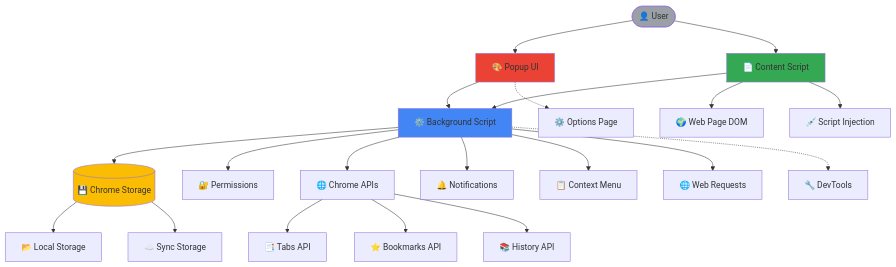
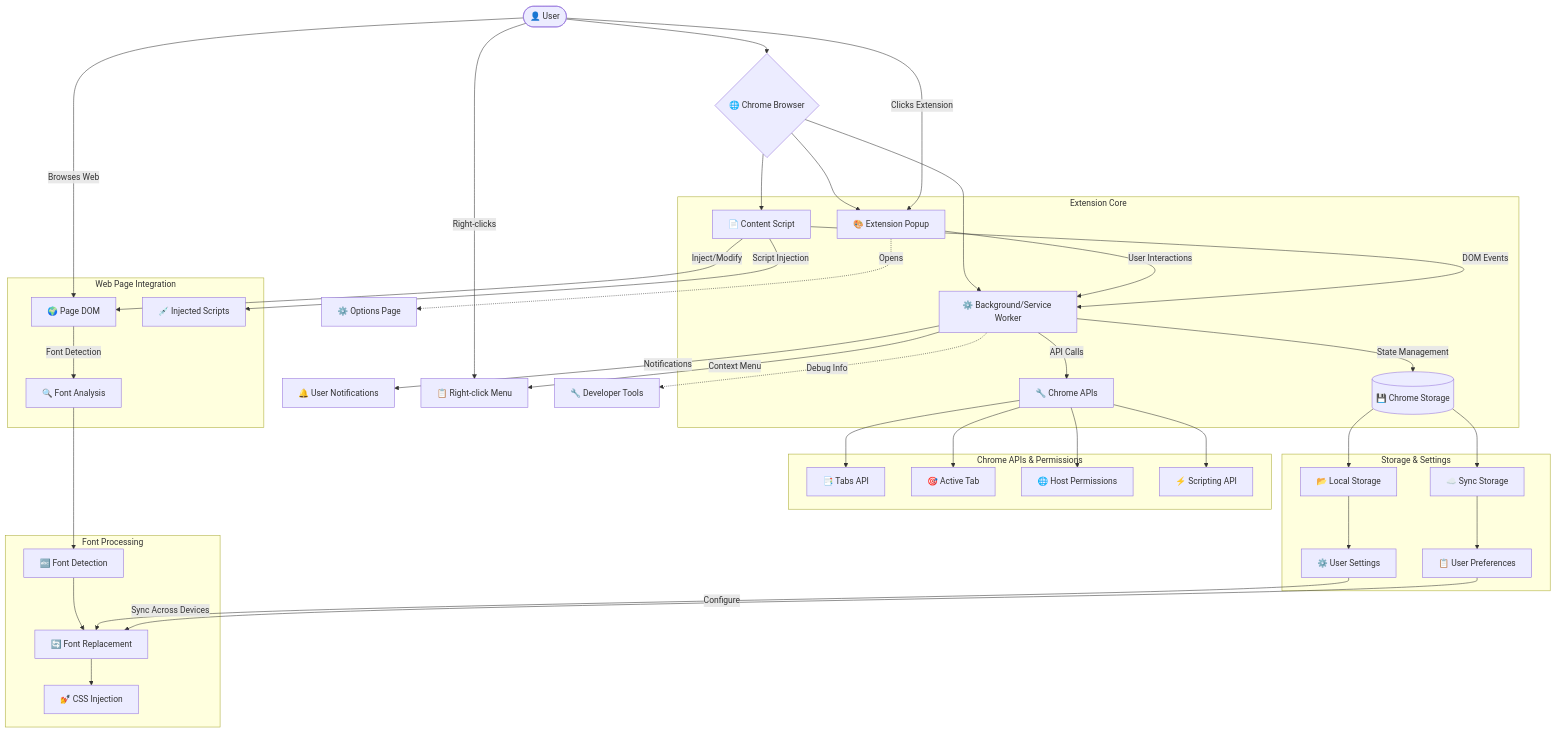
One commit to cruentusmors/Claude.ai-Font-Fix changed the diagram in Diagram.mmd. Above: the diagram before and after it, drawn with Mermaid.

Commit message:
feat: Update diagram to reflect current state of the Chrome extension; enhance structure and clarity

```diff
--- a/Diagram.mmd
+++ b/Diagram.mmd
@@ -1,37 +1,60 @@
 ---
-query: make a cool diagram for my chrome extension
-generationTime: 2025-08-20T04:31:03.073Z
+query: "update #file:Diagram.mmd to reflect the current state of this chrome
+  extension"
+references:
+  - "File: /Diagram.mmd"
+generationTime: 2025-08-20T17:26:36.600Z
 ---
 flowchart TB
-    User([👤 User]) --> Popup[🎨 Popup UI]
-    User --> ContentScript[📄 Content Script]
+    User([👤 User]) --> Browser{🌐 Chrome Browser}
     
-    Popup --> Background[⚙️ Background Script]
-    ContentScript --> Background
+    Browser --> Popup[🎨 Extension Popup]
+    Browser --> ContentScript[📄 Content Script]
+    Browser --> Background[⚙️ Background/Service Worker]
     
-    Background --> Storage[(💾 Chrome Storage)]
-    Background --> Permissions[🔐 Permissions]
-    Background --> APIs[🌐 Chrome APIs]
+    subgraph "Extension Core"
+        Popup --> |User Interactions| Background
+        ContentScript --> |DOM Events| Background
+        Background --> |State Management| Storage[(💾 Chrome Storage)]
+        Background --> |API Calls| ChromeAPIs[🔧 Chrome APIs]
+    end
     
-    ContentScript --> DOM[🌍 Web Page DOM]
-    ContentScript --> Inject[💉 Script Injection]
+    subgraph "Web Page Integration"
+        ContentScript --> |Inject/Modify| DOM[🌍 Page DOM]
+        ContentScript --> |Script Injection| PageScripts[💉 Injected Scripts]
+        DOM --> |Font Detection| FontAnalysis[🔍 Font Analysis]
+    end
     
-    Background --> Notifications[🔔 Notifications]
-    Background --> ContextMenu[📋 Context Menu]
-    Background --> WebRequest[🌐 Web Requests]
+    subgraph "Chrome APIs & Permissions"
+        ChromeAPIs --> Tabs[📑 Tabs API]
+        ChromeAPIs --> ActiveTab[🎯 Active Tab]
+        ChromeAPIs --> Host[🌐 Host Permissions]
+        ChromeAPIs --> Scripting[⚡ Scripting API]
+    end
     
-    APIs --> Tabs[📑 Tabs API]
-    APIs --> Bookmarks[⭐ Bookmarks API]
-    APIs --> History[📚 History API]
+    subgraph "Storage & Settings"
+        Storage --> Local[📂 Local Storage]
+        Storage --> Sync[☁️ Sync Storage]
+        Local --> Settings[⚙️ User Settings]
+        Sync --> Preferences[📋 User Preferences]
+    end
     
-    Storage --> Local[📂 Local Storage]
-    Storage --> Sync[☁️ Sync Storage]
+    subgraph "Font Processing"
+        FontAnalysis --> FontDetection[🔤 Font Detection]
+        FontDetection --> FontReplacement[🔄 Font Replacement]
+        FontReplacement --> CSSInjection[💅 CSS Injection]
+    end
     
-    Popup -.-> Options[⚙️ Options Page]
-    Background -.-> DevTools[🔧 DevTools]
+    Background --> |Notifications| Notifications[🔔 User Notifications]
+    Background --> |Context Menu| ContextMenu[📋 Right-click Menu]
     
-    style Background fill:#4285f4
-    style Popup fill:#ea4335
-    style ContentScript fill:#34a853
-    style Storage fill:#fbbc04
-    style User fill:#9aa0a6
+    Popup -.-> |Opens| Options[⚙️ Options Page]
+    Background -.-> |Debug Info| DevTools[🔧 Developer Tools]
+    
+    %% Data Flow Connections
+    User --> |Clicks Extension| Popup
+    User --> |Right-clicks| ContextMenu
+    User --> |Browses Web| DOM
+    
+    Settings --> |Configure| FontReplacement
+    Preferences --> |Sync Across Devices| FontReplacement
```
